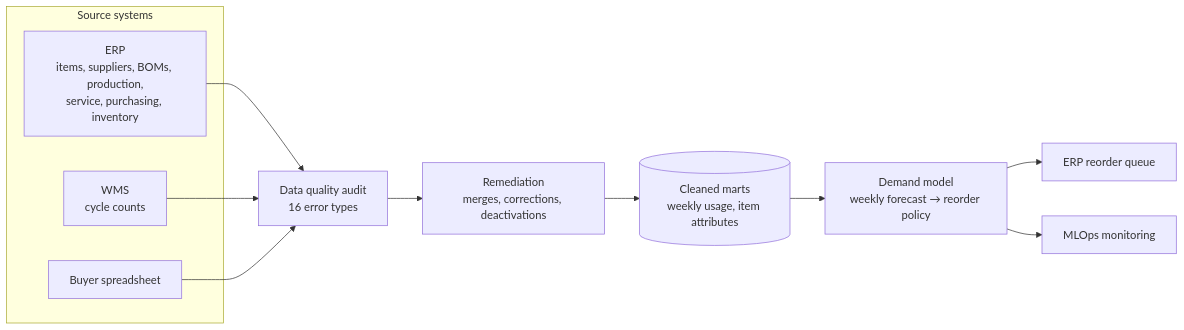
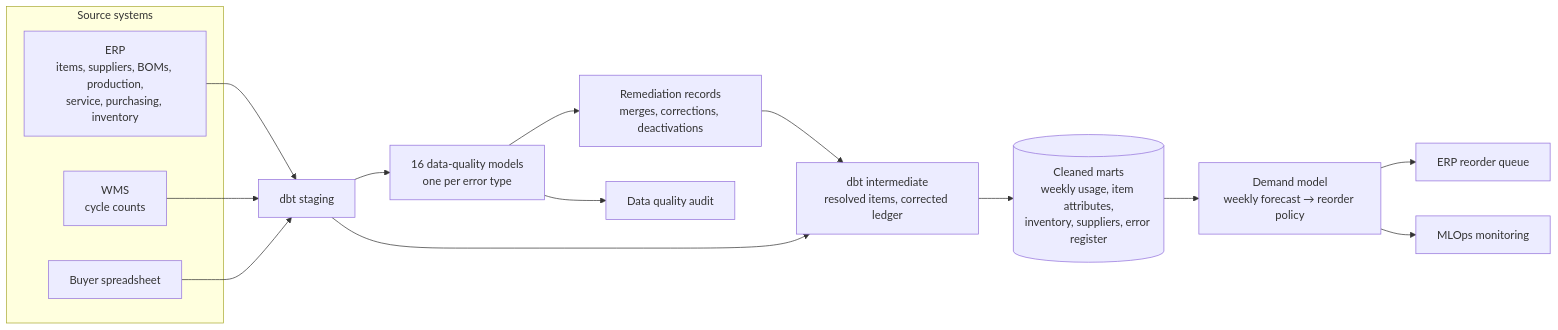
The diagram in README.md (brimsystems/demand-forecasting-ml), drawn with Mermaid before and after one commit. The commit also changed other lines of this file and 86 other files, not shown here.

First line of the commit message:
Rebuild dbt project on the current ERP extract; remove unused ML modules

````diff
--- a/README.md
+++ b/README.md
@@ -44,16 +44,20 @@
 ```mermaid
 flowchart LR
   subgraph SRC["Source systems"]
     ERP["ERP<br/>items, suppliers, BOMs, production,<br/>service, purchasing, inventory"]
     WMS["WMS<br/>cycle counts"]
     SS["Buyer spreadsheet"]
   end
-  ERP --> DQ
-  WMS --> DQ
-  SS --> DQ
-  DQ["Data quality audit<br/>16 error types"] --> REM["Remediation<br/>merges, corrections, deactivations"]
-  REM --> MARTS[("Cleaned marts<br/>weekly usage, item attributes")]
+  ERP --> STG
+  WMS --> STG
+  SS --> STG
+  STG["dbt staging"] --> DQ["16 data-quality models<br/>one per error type"]
+  DQ --> REM["Remediation records<br/>merges, corrections, deactivations"]
+  REM --> INT["dbt intermediate<br/>resolved items, corrected ledger"]
+  STG --> INT
+  INT --> MARTS[("Cleaned marts<br/>weekly usage, item attributes,<br/>inventory, suppliers, error register")]
   MARTS --> ML["Demand model<br/>weekly forecast &rarr; reorder policy"]
+  DQ --> AUD["Data quality audit"]
   ML --> QUEUE["ERP reorder queue"]
   ML --> MON["MLOps monitoring"]
 ```
````
